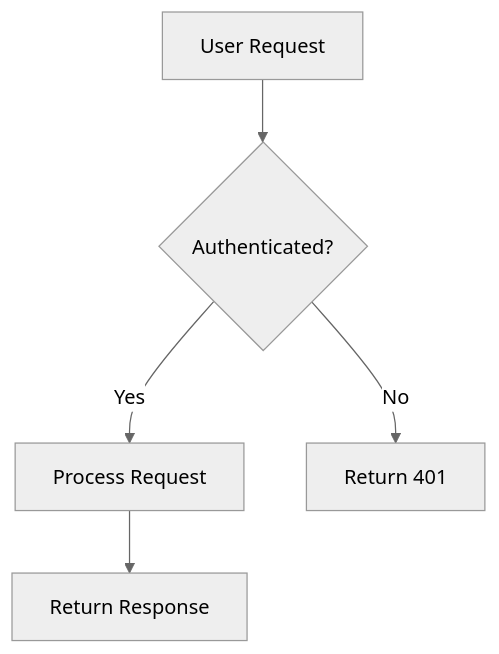
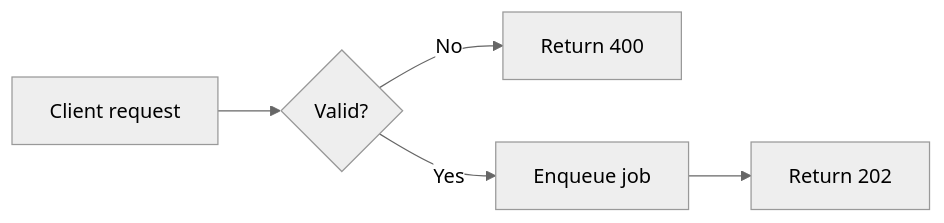
Before and after one commit to tankpkg/packages: the diagram in skills/crystal-clear-docs/references/svg-diagrams.md, drawn with Mermaid (neutral theme). The commit also changed other lines of this file and 7 other files, not shown here.

````diff
--- a/skills/crystal-clear-docs/references/svg-diagrams.md
+++ b/skills/crystal-clear-docs/references/svg-diagrams.md
@@ -41,7 +305,7 @@
 ```mermaid
-flowchart TD
-    A[User Request] --> B{Authenticated?}
-    B -->|Yes| C[Process Request]
-    B -->|No| D[Return 401]
-    C --> E[Return Response]
+flowchart LR
+    request[Client request] --> validate{Valid?}
+    validate -->|No| reject[Return 400]
+    validate -->|Yes| enqueue[Enqueue job]
+    enqueue --> accept[Return 202]
 ```
````
